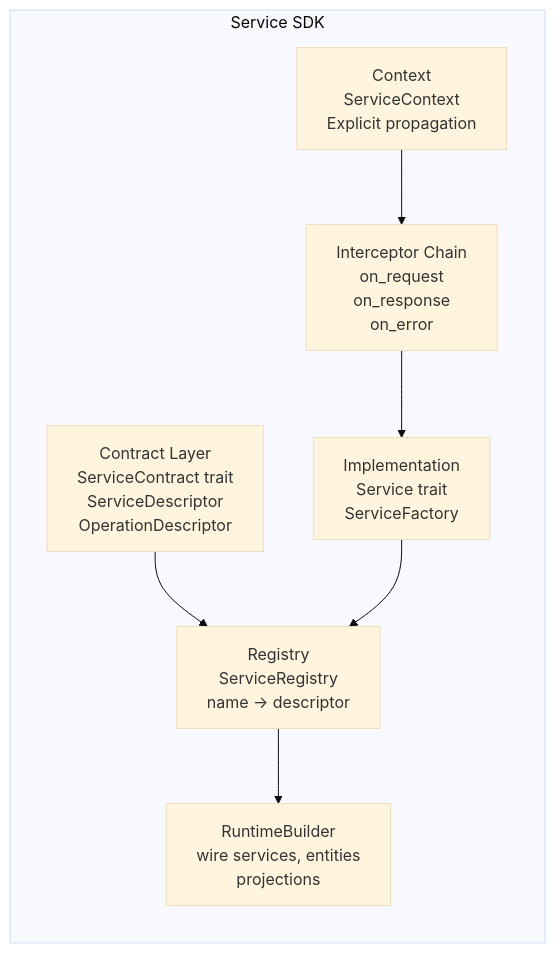
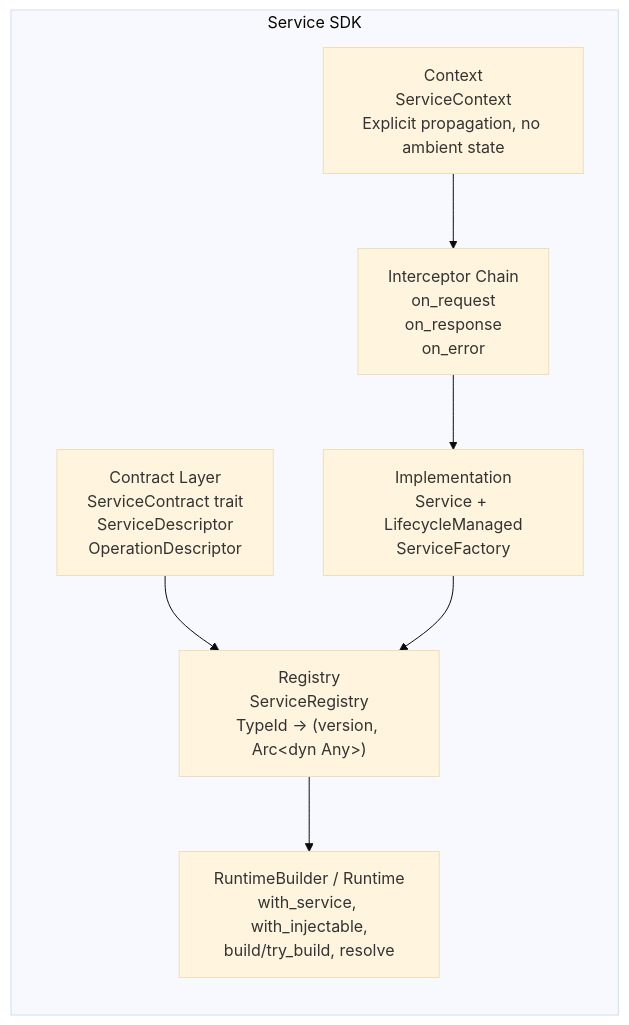
The fifth of 11 diagrams in COOKBOOK.md (pablogore/ego-rs), drawn with Mermaid (base theme) before and after one commit. The commit also changed other lines of this file, not shown here.

````diff
--- a/COOKBOOK.md
+++ b/COOKBOOK.md
@@ -236,18 +398,18 @@
 ```mermaid
 flowchart TB
     subgraph ServiceSDK["Service SDK"]
         direction TB
-        Contract["Contract Layer<br/>ServiceContract trait<br/>ServiceDescriptor<br/>OperationDescriptor"] 
-        Registry["Registry<br/>ServiceRegistry<br/>name → descriptor"]
-        Context["Context<br/>ServiceContext<br/>Explicit propagation"]
+        Contract["Contract Layer<br/>ServiceContract trait<br/>ServiceDescriptor<br/>OperationDescriptor"]
+        Registry["Registry<br/>ServiceRegistry<br/>TypeId → (version, Arc&lt;dyn Any&gt;)"]
+        Context["Context<br/>ServiceContext<br/>Explicit propagation, no ambient state"]
         Interceptor["Interceptor Chain<br/>on_request<br/>on_response<br/>on_error"]
-        Implementation["Implementation<br/>Service trait<br/>ServiceFactory"]
-        Runtime["RuntimeBuilder<br/>wire services, entities<br/>projections"]
+        Implementation["Implementation<br/>Service + LifecycleManaged<br/>ServiceFactory"]
+        Runtime["RuntimeBuilder / Runtime<br/>with_service, with_injectable,<br/>build/try_build, resolve"]
     end
 
     Contract --> Registry
     Implementation --> Registry
     Registry --> Runtime
     Context --> Interceptor
     Interceptor --> Implementation
 ```
````
